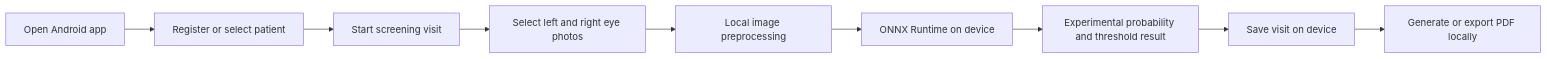
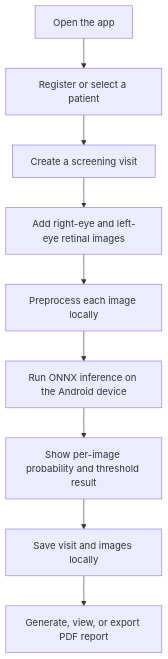
One commit to Mayank-gitspace/OFFIRST changed the first of 2 diagrams in README.md. Above: the diagram before and after it, drawn with Mermaid. The commit also changed other lines of this file, not shown here.

Commit message:
Redesign OFFIRST Android project homepage

````diff
--- a/README.md
+++ b/README.md
@@ -53,11 +58,11 @@
 ```mermaid
-flowchart LR
-  A[Open Android app] --> B[Register or select patient]
-  B --> C[Start screening visit]
-  C --> D[Select left and right eye photos]
-  D --> E[Local image preprocessing]
-  E --> F[ONNX Runtime on device]
-  F --> G[Experimental probability and threshold result]
-  G --> H[Save visit on device]
-  H --> I[Generate or export PDF locally]
+flowchart TD
+  A[Open the app] --> B[Register or select a patient]
+  B --> C[Create a screening visit]
+  C --> D[Add right-eye and left-eye retinal images]
+  D --> E[Preprocess each image locally]
+  E --> F[Run ONNX inference on the Android device]
+  F --> G[Show per-image probability and threshold result]
+  G --> H[Save visit and images locally]
+  H --> I[Generate, view, or export PDF report]
 ```
````
